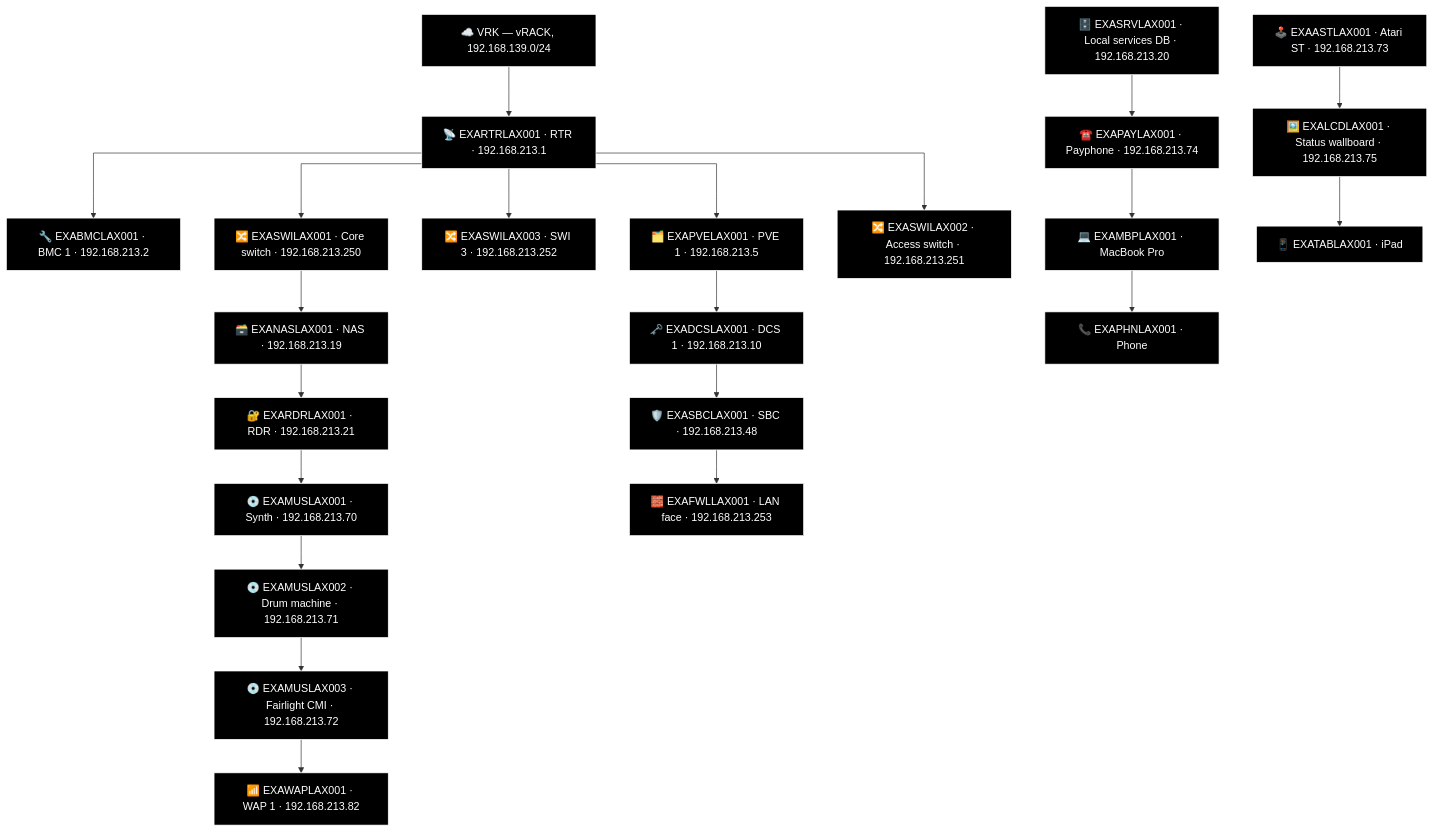
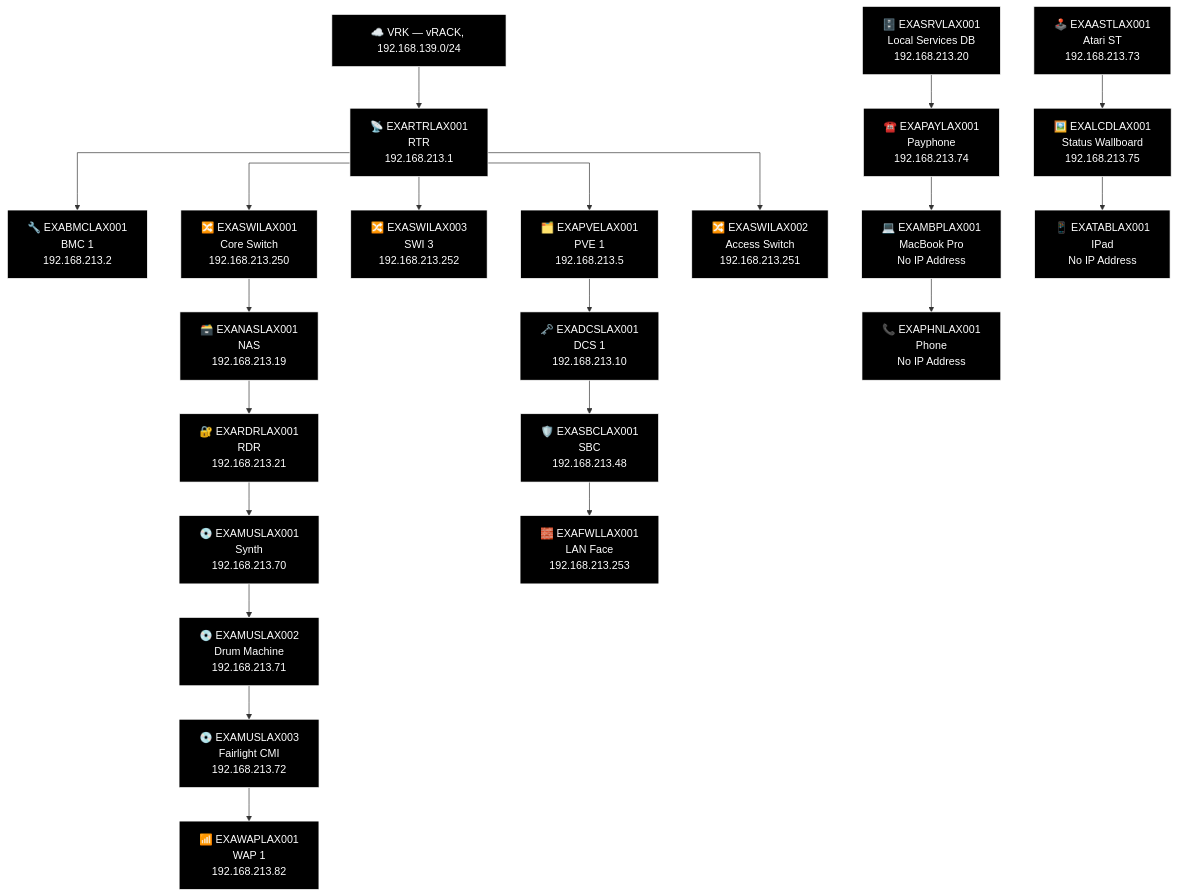
The second of 16 diagrams in docs/network-diagram/united-states.md (knightmare2600/example_music_infra), drawn with Mermaid before and after one commit. The commit also changed other lines of this file and 18 other files, not shown here.

````diff
--- a/docs/network-diagram/united-states.md
+++ b/docs/network-diagram/united-states.md
@@ -59,62 +59,62 @@
 ```mermaid
 %% GENERATED:TOPOLOGY:LAX:START
 %%{init: {'flowchart': {'curve': 'stepAfter'}}}%%
 graph TD
     T_VRK["☁️ VRK — vRACK, 192.168.139.0/24"]
-    T_RTR["📡 EXARTRLAX001 · RTR · 192.168.213.1"]
+    T_RTR["📡 EXARTRLAX001<br/>RTR<br/>192.168.213.1"]
     T_VRK --> T_RTR
-    T_BMC["🔧 EXABMCLAX001 · BMC 1 · 192.168.213.2"]
+    T_BMC["🔧 EXABMCLAX001<br/>BMC 1<br/>192.168.213.2"]
     T_RTR --> T_BMC
-    T_PVE["🗂️ EXAPVELAX001 · PVE 1 · 192.168.213.5"]
+    T_PVE["🗂️ EXAPVELAX001<br/>PVE 1<br/>192.168.213.5"]
     T_RTR --> T_PVE
-    T_SWI["🔀 EXASWILAX003 · SWI 3 · 192.168.213.252"]
+    T_SWI["🔀 EXASWILAX003<br/>SWI 3<br/>192.168.213.252"]
     T_RTR --> T_SWI
-    T_SWI2["🔀 EXASWILAX001 · Core switch · 192.168.213.250"]
+    T_SWI2["🔀 EXASWILAX001<br/>Core Switch<br/>192.168.213.250"]
     T_RTR --> T_SWI2
-    T_SWI3["🔀 EXASWILAX002 · Access switch · 192.168.213.251"]
+    T_SWI3["🔀 EXASWILAX002<br/>Access Switch<br/>192.168.213.251"]
     T_RTR --> T_SWI3
-    T_NAS["🗃️ EXANASLAX001 · NAS · 192.168.213.19"]
-    T_RDR["🔐 EXARDRLAX001 · RDR · 192.168.213.21"]
-    T_MUS["💿 EXAMUSLAX001 · Synth · 192.168.213.70"]
-    T_MUS2["💿 EXAMUSLAX002 · Drum machine · 192.168.213.71"]
-    T_MUS3["💿 EXAMUSLAX003 · Fairlight CMI · 192.168.213.72"]
-    T_WAP["📶 EXAWAPLAX001 · WAP 1 · 192.168.213.82"]
+    T_NAS["🗃️ EXANASLAX001<br/>NAS<br/>192.168.213.19"]
+    T_RDR["🔐 EXARDRLAX001<br/>RDR<br/>192.168.213.21"]
+    T_MUS["💿 EXAMUSLAX001<br/>Synth<br/>192.168.213.70"]
+    T_MUS2["💿 EXAMUSLAX002<br/>Drum Machine<br/>192.168.213.71"]
+    T_MUS3["💿 EXAMUSLAX003<br/>Fairlight CMI<br/>192.168.213.72"]
+    T_WAP["📶 EXAWAPLAX001<br/>WAP 1<br/>192.168.213.82"]
     T_SWI2 --> T_NAS --> T_RDR --> T_MUS --> T_MUS2 --> T_MUS3 --> T_WAP
-    T_DCS["🗝️ EXADCSLAX001 · DCS 1 · 192.168.213.10"]
-    T_SBC["🛡️ EXASBCLAX001 · SBC · 192.168.213.48"]
-    T_FWL["🧱 EXAFWLLAX001 · LAN face · 192.168.213.253"]
+    T_DCS["🗝️ EXADCSLAX001<br/>DCS 1<br/>192.168.213.10"]
+    T_SBC["🛡️ EXASBCLAX001<br/>SBC<br/>192.168.213.48"]
+    T_FWL["🧱 EXAFWLLAX001<br/>LAN Face<br/>192.168.213.253"]
     T_PVE --> T_DCS --> T_SBC --> T_FWL
-    T_SRV["🗄️ EXASRVLAX001 · Local services DB · 192.168.213.20"]
-    T_AST["🕹️ EXAASTLAX001 · Atari ST · 192.168.213.73"]
-    T_PAY["☎️ EXAPAYLAX001 · Payphone · 192.168.213.74"]
-    T_LCD["🖼️ EXALCDLAX001 · Status wallboard · 192.168.213.75"]
-    T_MBP["💻 EXAMBPLAX001 · MacBook Pro"]
-    T_TAB["📱 EXATABLAX001 · iPad"]
-    T_PHN["📞 EXAPHNLAX001 · Phone"]
+    T_SRV["🗄️ EXASRVLAX001<br/>Local Services DB<br/>192.168.213.20"]
+    T_AST["🕹️ EXAASTLAX001<br/>Atari ST<br/>192.168.213.73"]
+    T_PAY["☎️ EXAPAYLAX001<br/>Payphone<br/>192.168.213.74"]
+    T_LCD["🖼️ EXALCDLAX001<br/>Status Wallboard<br/>192.168.213.75"]
+    T_MBP["💻 EXAMBPLAX001<br/>MacBook Pro<br/>No IP Address"]
+    T_TAB["📱 EXATABLAX001<br/>IPad<br/>No IP Address"]
+    T_PHN["📞 EXAPHNLAX001<br/>Phone<br/>No IP Address"]
     T_SRV --> T_PAY --> T_MBP --> T_PHN
     T_AST --> T_LCD --> T_TAB
     style T_VRK fill:#000000,stroke:#FFFFFF,color:#FFFFFF
     style T_RTR fill:#000000,stroke:#FFFFFF,color:#FFFFFF
     style T_BMC fill:#000000,stroke:#FFFFFF,color:#FFFFFF
     style T_PVE fill:#000000,stroke:#FFFFFF,color:#FFFFFF
     style T_SWI fill:#000000,stroke:#FFFFFF,color:#FFFFFF
     style T_SWI2 fill:#000000,stroke:#FFFFFF,color:#FFFFFF
     style T_SWI3 fill:#000000,stroke:#FFFFFF,color:#FFFFFF
     style T_NAS fill:#000000,stroke:#FFFFFF,color:#FFFFFF
     style T_RDR fill:#000000,stroke:#FFFFFF,color:#FFFFFF
     style T_MUS fill:#000000,stroke:#FFFFFF,color:#FFFFFF
     style T_MUS2 fill:#000000,stroke:#FFFFFF,color:#FFFFFF
     style T_MUS3 fill:#000000,stroke:#FFFFFF,color:#FFFFFF
     style T_WAP fill:#000000,stroke:#FFFFFF,color:#FFFFFF
     style T_DCS fill:#000000,stroke:#FFFFFF,color:#FFFFFF
     style T_SBC fill:#000000,stroke:#FFFFFF,color:#FFFFFF
     style T_FWL fill:#000000,stroke:#FFFFFF,color:#FFFFFF
     style T_SRV fill:#000000,stroke:#FFFFFF,color:#FFFFFF
     style T_AST fill:#000000,stroke:#FFFFFF,color:#FFFFFF
     style T_PAY fill:#000000,stroke:#FFFFFF,color:#FFFFFF
     style T_LCD fill:#000000,stroke:#FFFFFF,color:#FFFFFF
     style T_MBP fill:#000000,stroke:#FFFFFF,color:#FFFFFF
     style T_TAB fill:#000000,stroke:#FFFFFF,color:#FFFFFF
     style T_PHN fill:#000000,stroke:#FFFFFF,color:#FFFFFF
 %% GENERATED:TOPOLOGY:LAX:END
 ```
````
